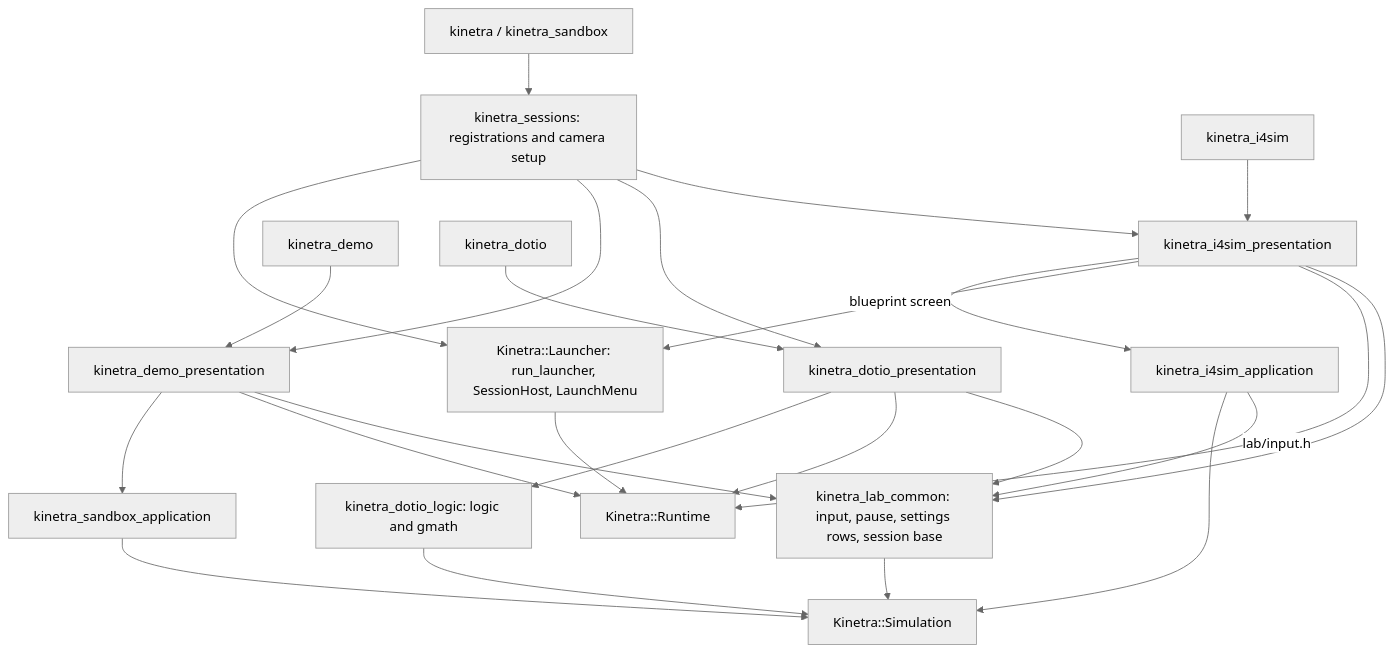
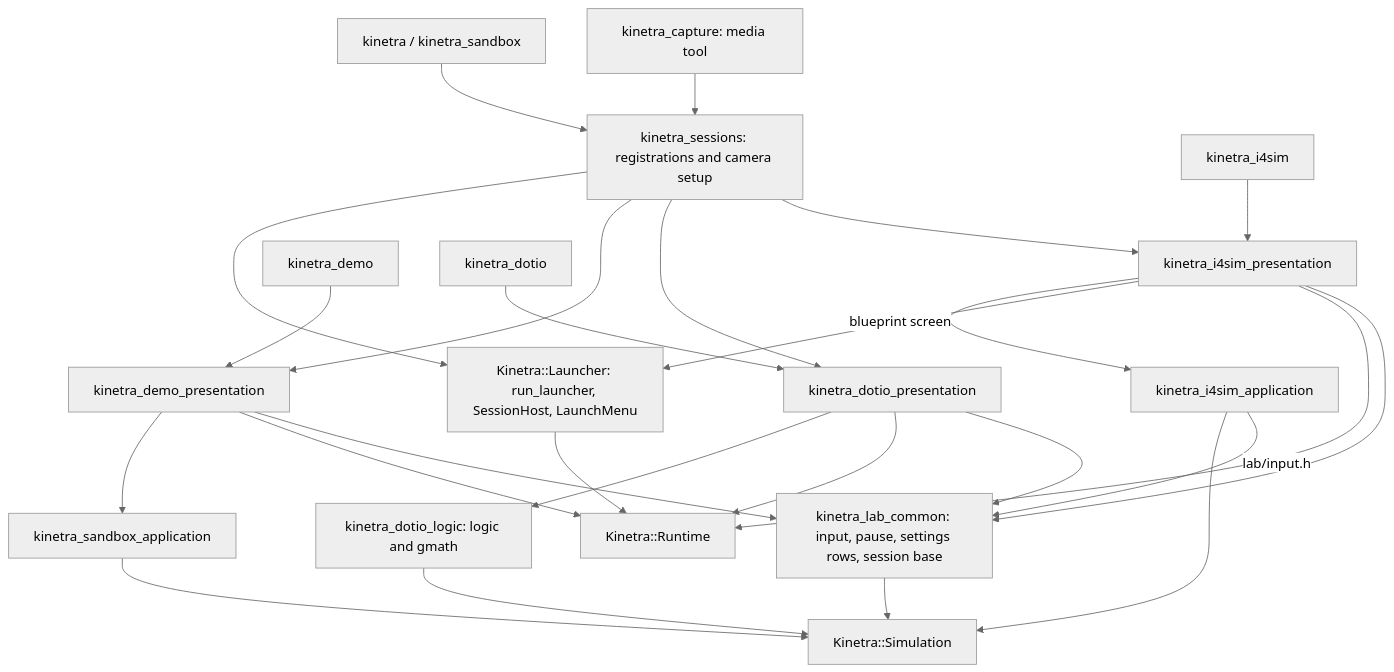
The first of 2 diagrams in docs/architecture.md (SMB-M87/Kinetra-Lab), drawn with Mermaid (neutral theme) before and after one commit. The commit also changed other lines of this file and 17 other files, not shown here.

First line of the commit message:
feat(tools): add kinetra_capture for the screenshots and clips in docs/media

````diff
--- a/docs/architecture.md
+++ b/docs/architecture.md
@@ -15,27 +15,28 @@
 ```mermaid
 flowchart TD
     Bundled[kinetra / kinetra_sandbox] --> Sessions[kinetra_sessions: registrations and camera setup]
+    Capture[kinetra_capture: media tool] --> Sessions
     Sessions --> Launcher[Kinetra::Launcher: run_launcher, SessionHost, LaunchMenu]
     Sessions --> Demo[kinetra_demo_presentation]
     Sessions --> Dotio[kinetra_dotio_presentation]
     Sessions --> Factory[kinetra_i4sim_presentation]
     FactoryExe[kinetra_i4sim] --> Factory
     Factory --> FactoryLogic[kinetra_i4sim_application]
     Factory -->|blueprint screen| Launcher
     FactoryLogic --> Sim
     Factory --> Runtime
     DemoExe[kinetra_demo] --> Demo
     DotioExe[kinetra_dotio] --> Dotio
     Demo --> Sandbox[kinetra_sandbox_application]
     Dotio --> Logic[kinetra_dotio_logic: logic and gmath]
     Sandbox --> Sim[Kinetra::Simulation]
     Logic --> Sim
     Launcher --> Runtime[Kinetra::Runtime]
     Demo --> Runtime
     Dotio --> Runtime
     Demo --> Common[kinetra_lab_common: input, pause, settings rows, session base]
     Dotio --> Common
     Factory --> Common
     FactoryLogic -->|lab/input.h| Common
     Common --> Sim
 ```
````
